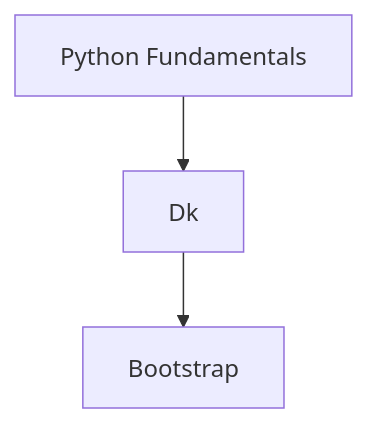
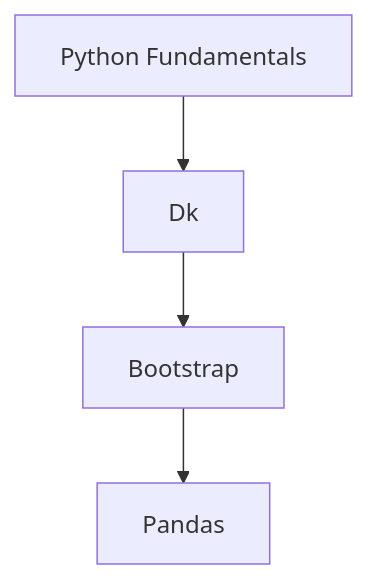
Before and after one commit to alvi00/My-Machine-Learning-Journey: the diagram in README.md, drawn with Mermaid.

````diff
--- a/README.md
+++ b/README.md
@@ -30,5 +30,6 @@
 ```mermaid
 graph TD
     A[Python Fundamentals] --> B[Dk]
     B --> C[Bootstrap]
+    C --> D[Pandas]
 ```
````
